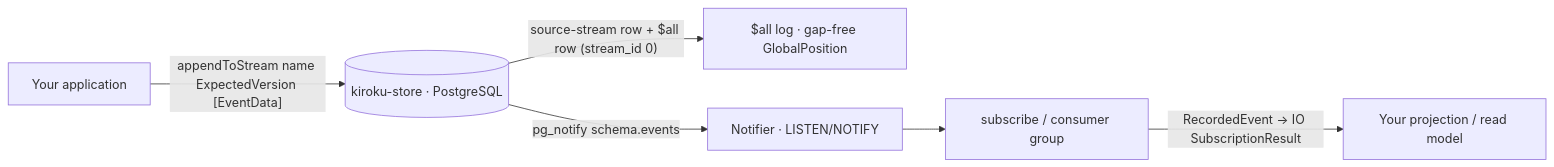
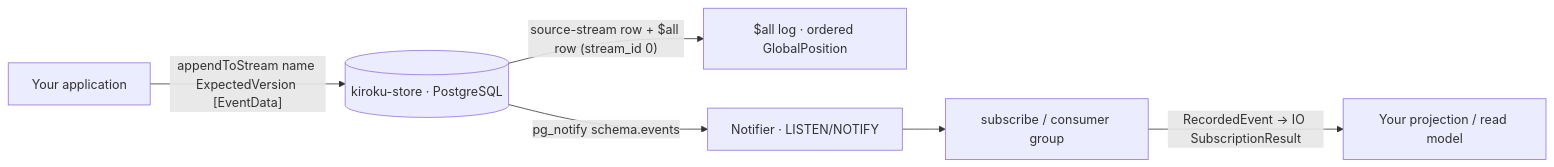
One commit to shinzui/keiro-runtime-docs changed the diagram in content/docs/kiroku/index.mdx. Above: the diagram before and after it, drawn with Mermaid. The commit also changed other lines of this file and 24 other files, not shown here.

First line of the commit message:
docs(kiroku): refresh write path and schema docs

````diff
--- a/content/docs/kiroku/index.mdx
+++ b/content/docs/kiroku/index.mdx
@@ -32,15 +32,15 @@
 ```mermaid
 flowchart LR
   App["Your application"]
   Store[("kiroku-store · PostgreSQL")]
-  AllLog["$all log · gap-free GlobalPosition"]
+  AllLog["$all log · ordered GlobalPosition"]
   Notifier["Notifier · LISTEN/NOTIFY"]
   Sub["subscribe / consumer group"]
   Proj["Your projection / read model"]
 
   App -->|"appendToStream name ExpectedVersion [EventData]"| Store
   Store -->|"source-stream row + $all row (stream_id 0)"| AllLog
   Store -->|"pg_notify schema.events"| Notifier
   Notifier --> Sub
   Sub -->|"RecordedEvent -> IO SubscriptionResult"| Proj
 ```
````
